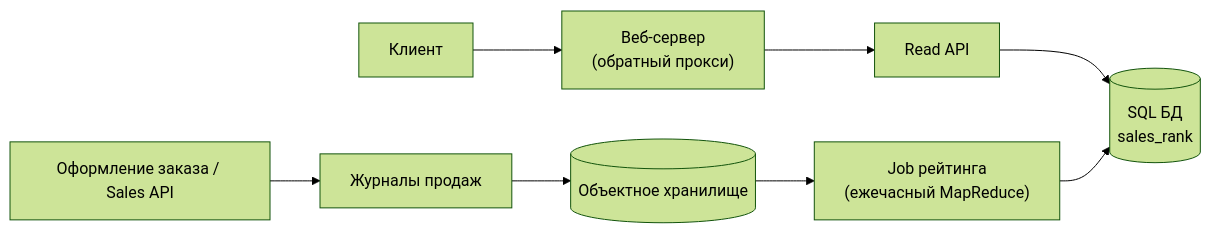
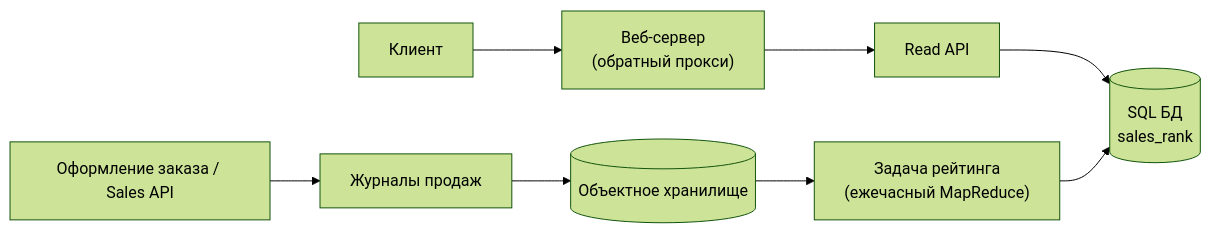
One commit to butyavk/system-design changed the first of 3 diagrams in src/content/docs/ru/practice/sales-rank.mdx. Above: the diagram before and after it, drawn with Mermaid (forest theme). The commit also changed other lines of this file and 54 other files, not shown here.

````diff
--- a/src/content/docs/ru/practice/sales-rank.mdx
+++ b/src/content/docs/ru/practice/sales-rank.mdx
@@ -71,10 +71,10 @@
 ```mermaid
 flowchart LR
   client["Клиент"] --> web["Веб-сервер<br/>(обратный прокси)"]
   web --> readapi["Read API"]
   readapi --> rankdb[("SQL БД<br/>sales_rank")]
   shop["Оформление заказа / Sales API"] --> logs["Журналы продаж"]
   logs --> obj[("Объектное хранилище")]
-  obj --> job["Job рейтинга<br/>(ежечасный MapReduce)"]
+  obj --> job["Задача рейтинга<br/>(ежечасный MapReduce)"]
   job --> rankdb
 ```
````
